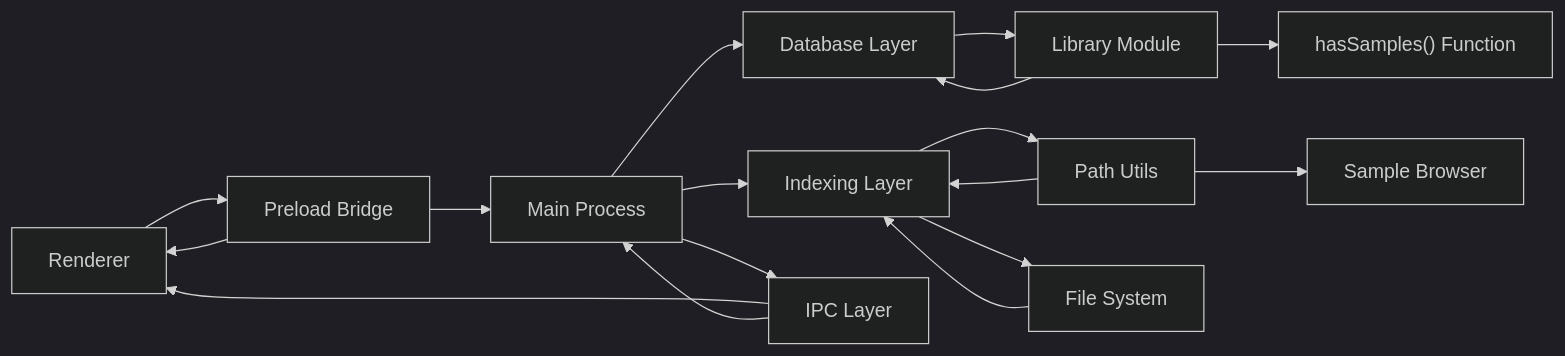
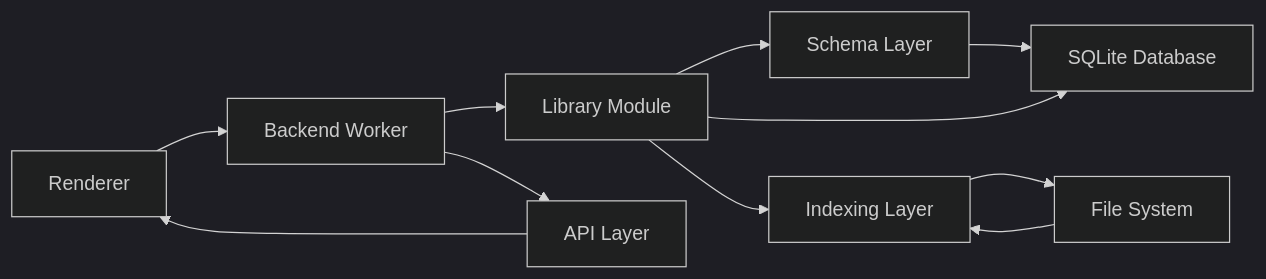
Before and after one commit to satyrlord/mixjam-electron: the fourth of 4 diagrams in .qoder/repowiki/en/content/Data Management/Data Management.md, drawn with Mermaid (dark theme). The commit also changed other lines of this file and 51 other files, not shown here.

````diff
--- a/.qoder/repowiki/en/content/Data Management/Data Management.md
+++ b/.qoder/repowiki/en/content/Data Management/Data Management.md
@@ -391,19 +351,13 @@
 ```mermaid
 graph LR
-R["Renderer"] --> P["Preload Bridge"]
-P --> M["Main Process"]
-M --> DB["Database Layer"]
-M --> IDX["Indexing Layer"]
-M --> IPC["IPC Layer"]
-DB --> LIB["Library Module"]
-LIB --> DB
-LIB --> HS["hasSamples() Function"]
-IDX --> PATH["Path Utils"]
+R["Renderer"] --> W["Backend Worker"]
+W --> L["Library Module"]
+L --> S["Schema Layer"]
+L --> IDX["Indexing Layer"]
+W --> API["API Layer"]
 IDX --> FS["File System"]
-PATH --> SB["Sample Browser"]
-PATH --> IDX
+S --> DB["SQLite Database"]
+L --> DB
 FS --> IDX
-IPC --> R
-IPC --> M
-P --> R
+API --> R
 ```
````
